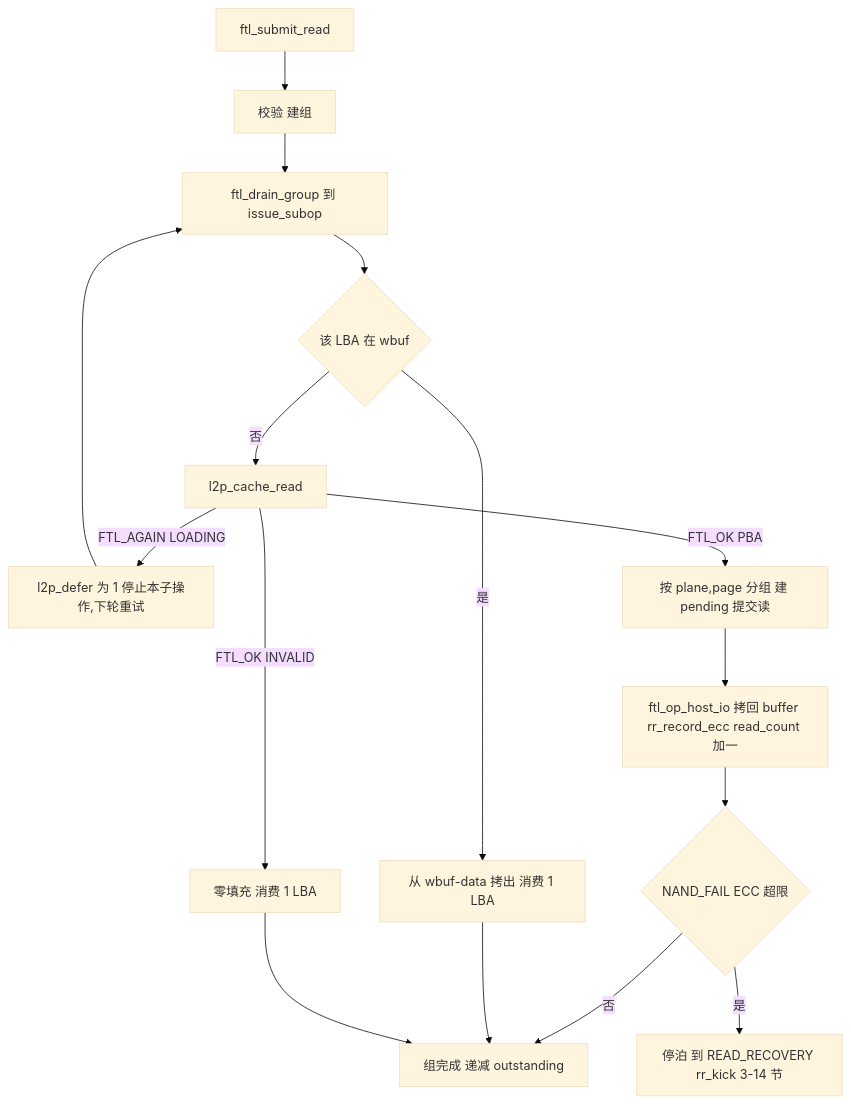
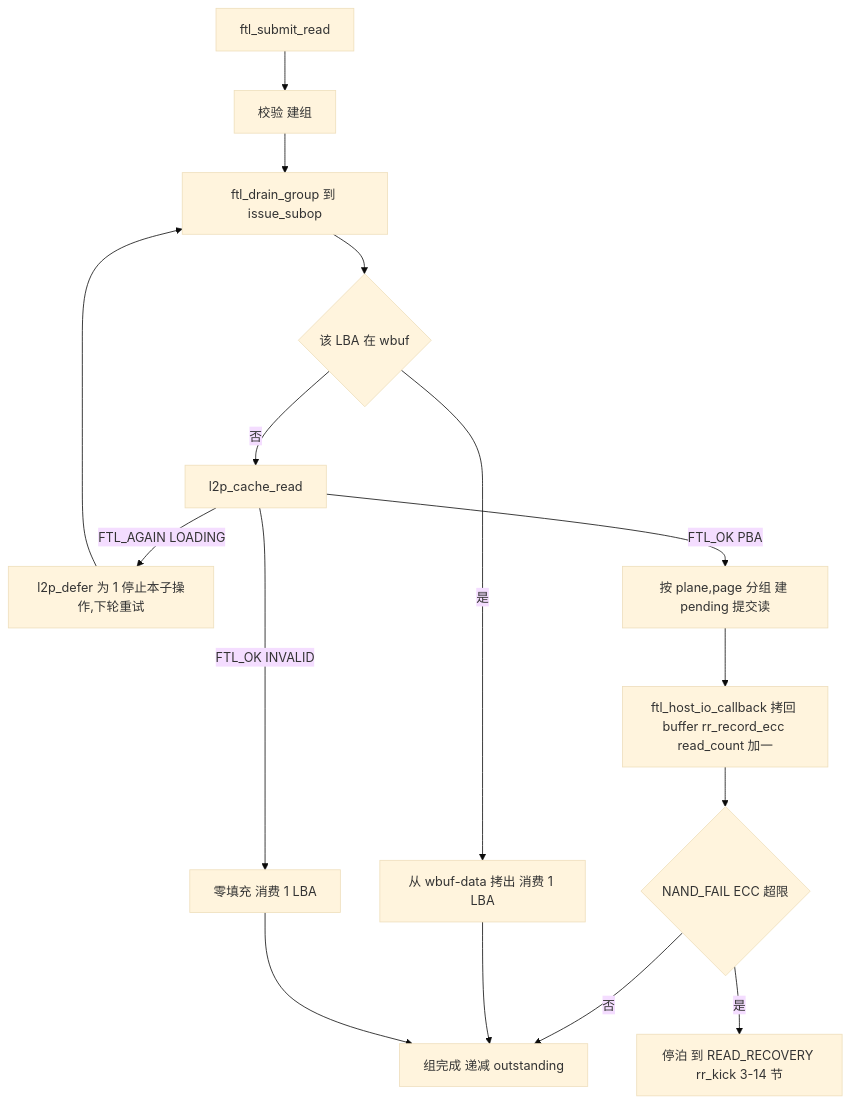
One commit to YzYMIAO/BASESSD changed diagram 26 of 32 in docs/design/ftl_design.md. Above: the diagram before and after it, drawn with Mermaid (base theme). The commit also changed other lines of this file and 46 other files, not shown here.

First line of the commit message:
refactor(ftl): 异步 job 统一为 handle，完成服务统一为 callback

````diff
--- a/docs/design/ftl_design.md
+++ b/docs/design/ftl_design.md
@@ -3554,18 +3554,18 @@
 ```mermaid
 flowchart TD
     A["ftl_submit_read"] --> B["校验 建组"]
     B --> C["ftl_drain_group 到 issue_subop"]
     C --> D{"该 LBA 在 wbuf"}
     D -- "是" --> E["从 wbuf-data 拷出 消费 1 LBA"]
     D -- "否" --> F["l2p_cache_read"]
     F -- "FTL_AGAIN LOADING" --> G["l2p_defer 为 1 停止本子操作,下轮重试"]
     F -- "FTL_OK INVALID" --> H["零填充 消费 1 LBA"]
     F -- "FTL_OK PBA" --> I["按 plane,page 分组 建 pending 提交读"]
-    I --> J["ftl_op_host_io 拷回 buffer rr_record_ecc read_count 加一"]
+    I --> J["ftl_host_io_callback 拷回 buffer rr_record_ecc read_count 加一"]
     J --> K{"NAND_FAIL ECC 超限"}
     K -- "是" --> L["停泊 到 READ_RECOVERY rr_kick 3-14 节"]
     K -- "否" --> M["组完成 递减 outstanding"]
     E --> M
     H --> M
     G --> C
 ```
````
